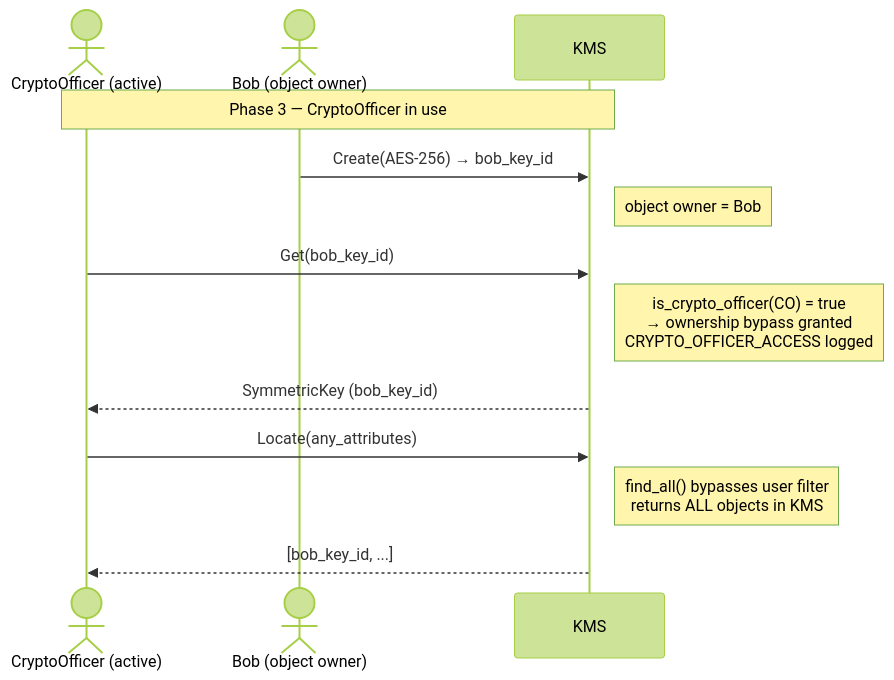
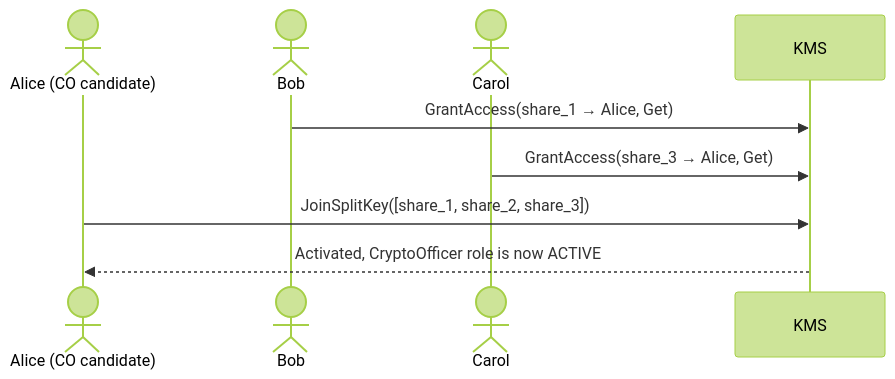
The third of 3 diagrams in documentation/docs/configuration/authorization/key_ceremony.md (Cosmian/kms), drawn with Mermaid (forest theme) before and after one commit. The commit also changed other lines of this file and 9 other files, not shown here.

````diff
--- a/documentation/docs/configuration/authorization/key_ceremony.md
+++ b/documentation/docs/configuration/authorization/key_ceremony.md
@@ -258,19 +170,12 @@
 ```mermaid
 sequenceDiagram
-    actor CO as CryptoOfficer (active)
-    actor Bob as Bob (object owner)
+    actor Alice as Alice (CO candidate)
+    actor Bob as Bob
+    actor Carol as Carol
     participant KMS
 
-    Note over CO,KMS: Phase 3 — CryptoOfficer in use
-
-    Bob->>KMS: Create(AES-256) → bob_key_id
-    Note right of KMS: object owner = Bob
-
-    CO->>KMS: Get(bob_key_id)
-    Note right of KMS: is_crypto_officer(CO) = true<br/>→ ownership bypass granted<br/>CRYPTO_OFFICER_ACCESS logged
-    KMS-->>CO: SymmetricKey (bob_key_id)
-
-    CO->>KMS: Locate(any_attributes)
-    Note right of KMS: find_all() bypasses user filter<br/>returns ALL objects in KMS
-    KMS-->>CO: [bob_key_id, ...]
+    Bob->>KMS: GrantAccess(share_1 → Alice, Get)
+    Carol->>KMS: GrantAccess(share_3 → Alice, Get)
+    Alice->>KMS: JoinSplitKey([share_1, share_2, share_3])
+    KMS-->>Alice: Activated, CryptoOfficer role is now ACTIVE
 ```
````
